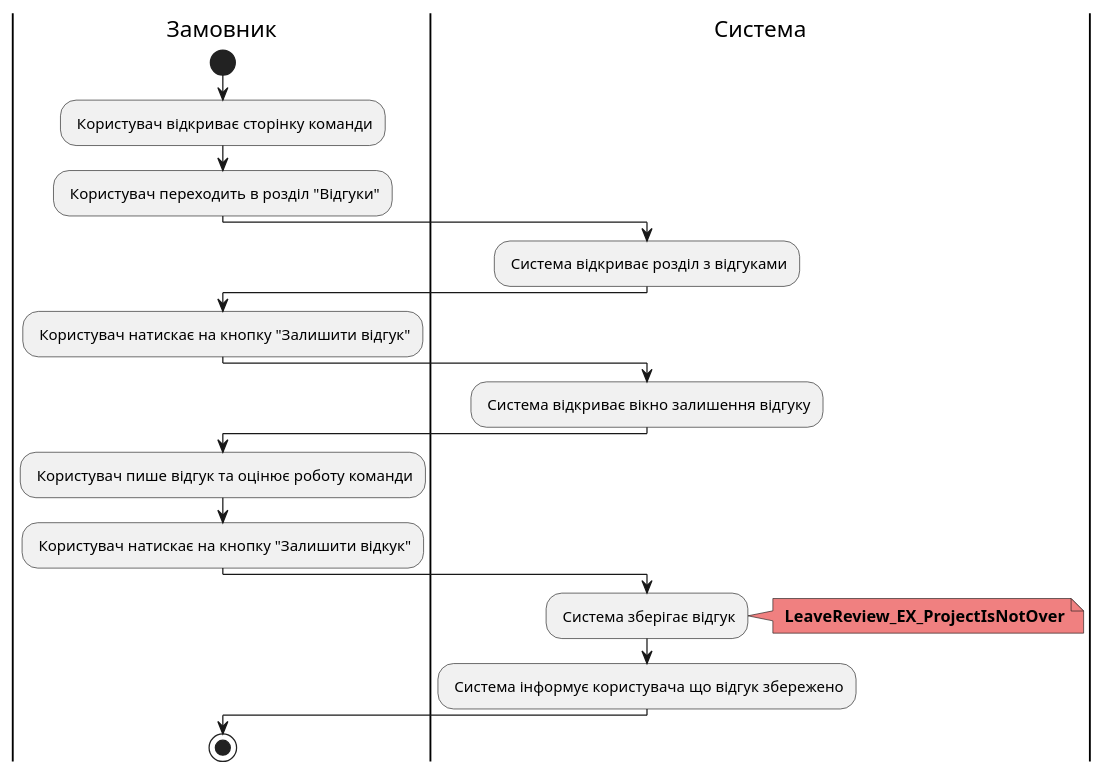
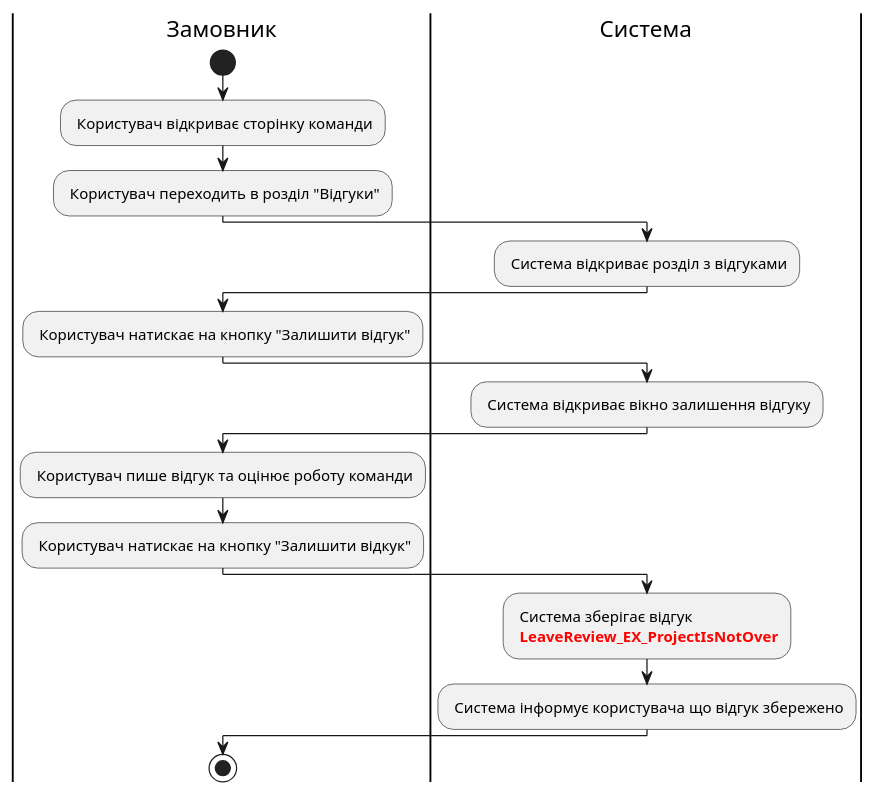
One commit to edu-db/edu_db_labs changed diagram 11 of 19 in docs/use cases/README.md. Above: the diagram before and after it, drawn with PlantUML. The commit also changed other lines of this file, not shown here.

```diff
--- a/docs/use cases/README.md
+++ b/docs/use cases/README.md
@@ -433,32 +423,30 @@
 @startuml
 
     |Замовник|
     start;
     : Користувач відкриває сторінку команди;
     : Користувач переходить в розділ "Відгуки";
 
     |Система|
     : Система відкриває розділ з відгуками;
 
     |Замовник|
     : Користувач натискає на кнопку "Залишити відгук";
 
      |Система|
     : Система відкриває вікно залишення відгуку;
 
     |Замовник|
     : Користувач пише відгук та оцінює роботу команди;
     : Користувач натискає на кнопку "Залишити відкук";
 
     |Система|
 
-    : Система зберігає відгук;
-    note right  #F08080
-    <b> LeaveReview_EX_ProjectIsNotOver
-    end note
+    : Система зберігає відгук
+    <font color="red"><b> LeaveReview_EX_ProjectIsNotOver;
     : Система інформує користувача що відгук збережено;
 
     |Замовник|
     stop;
 
 @enduml
```
